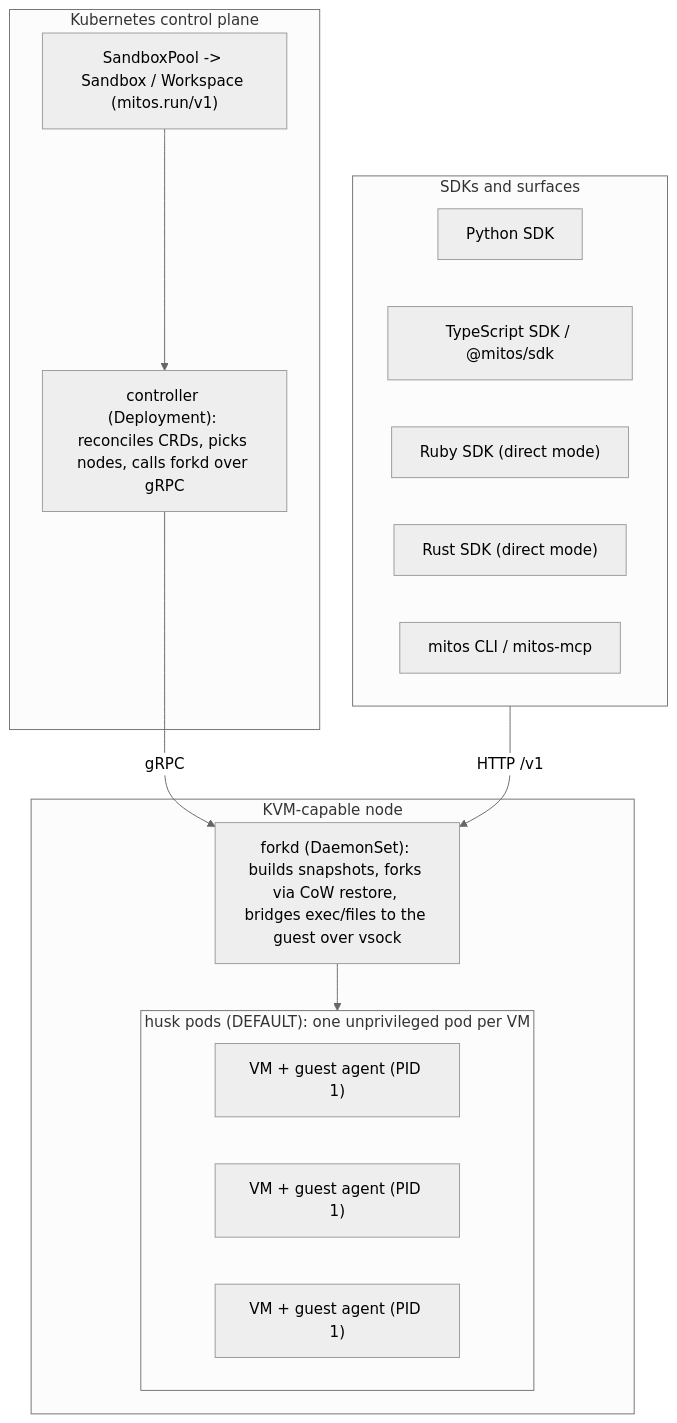
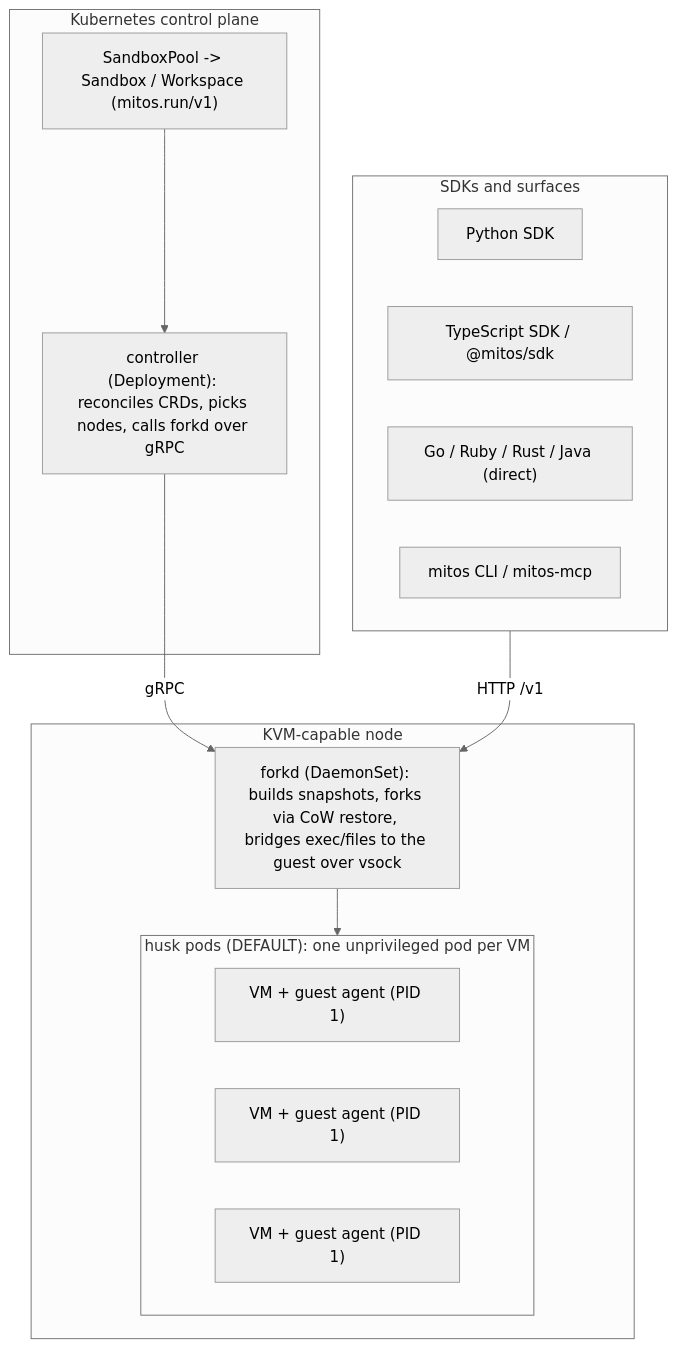
One commit to mitos-run/mitos changed the diagram in README.md. Above: the diagram before and after it, drawn with Mermaid (neutral theme). The commit also changed other lines of this file and 3 other files, not shown here.

````diff
--- a/README.md
+++ b/README.md
@@ -336,29 +272,28 @@
 ```mermaid
 flowchart TB
   subgraph SDKs["SDKs and surfaces"]
     PY["Python SDK"]
     TS["TypeScript SDK / @mitos/sdk"]
-    RB["Ruby SDK (direct mode)"]
-    RS["Rust SDK (direct mode)"]
+    OTH["Go / Ruby / Rust / Java (direct)"]
     CLI["mitos CLI / mitos-mcp"]
   end
 
   subgraph CP["Kubernetes control plane"]
     CRD["SandboxPool -> Sandbox / Workspace (mitos.run/v1)"]
     CTRL["controller (Deployment): reconciles CRDs, picks nodes, calls forkd over gRPC"]
     CRD --> CTRL
   end
 
   subgraph NODE["KVM-capable node"]
     FORKD["forkd (DaemonSet): builds snapshots, forks via CoW restore, bridges exec/files to the guest over vsock"]
     subgraph PODS["husk pods (DEFAULT): one unprivileged pod per VM"]
       VM1["VM + guest agent (PID 1)"]
       VM2["VM + guest agent (PID 1)"]
       VM3["VM + guest agent (PID 1)"]
     end
     FORKD --> PODS
   end
 
   SDKs -->|HTTP /v1| FORKD
   CTRL -->|gRPC| FORKD
 ```
````
